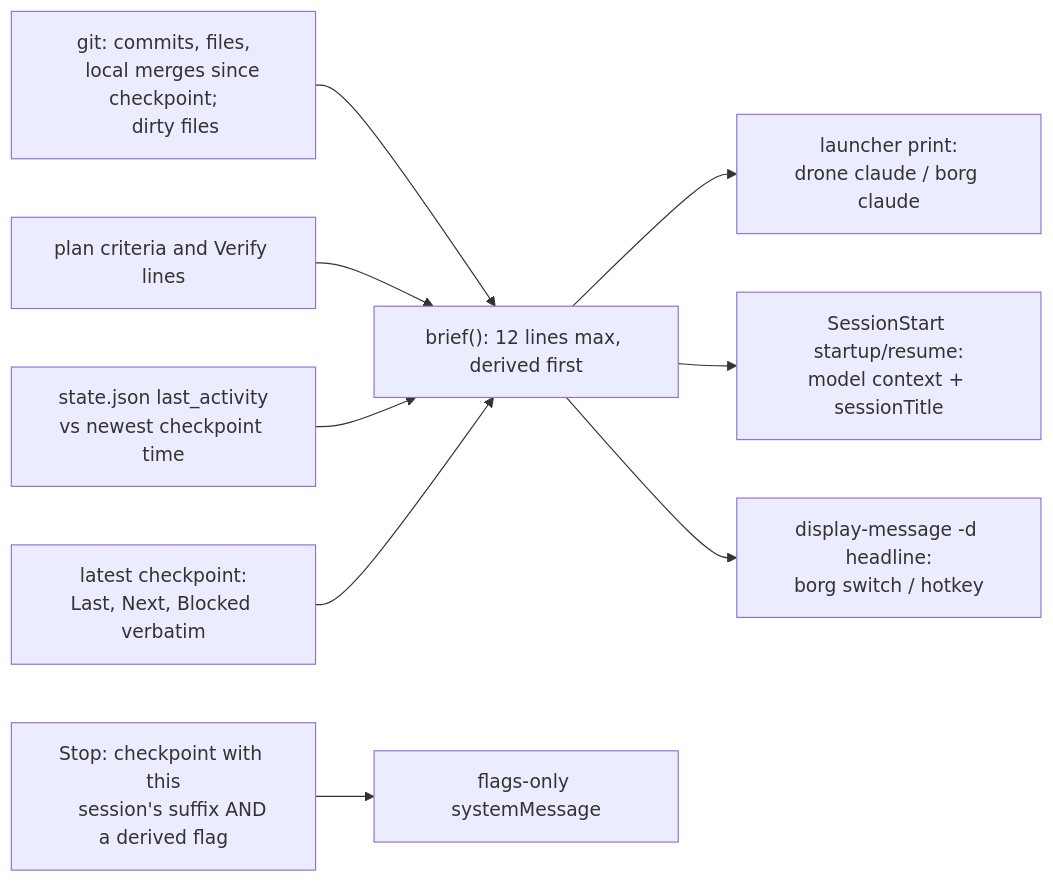
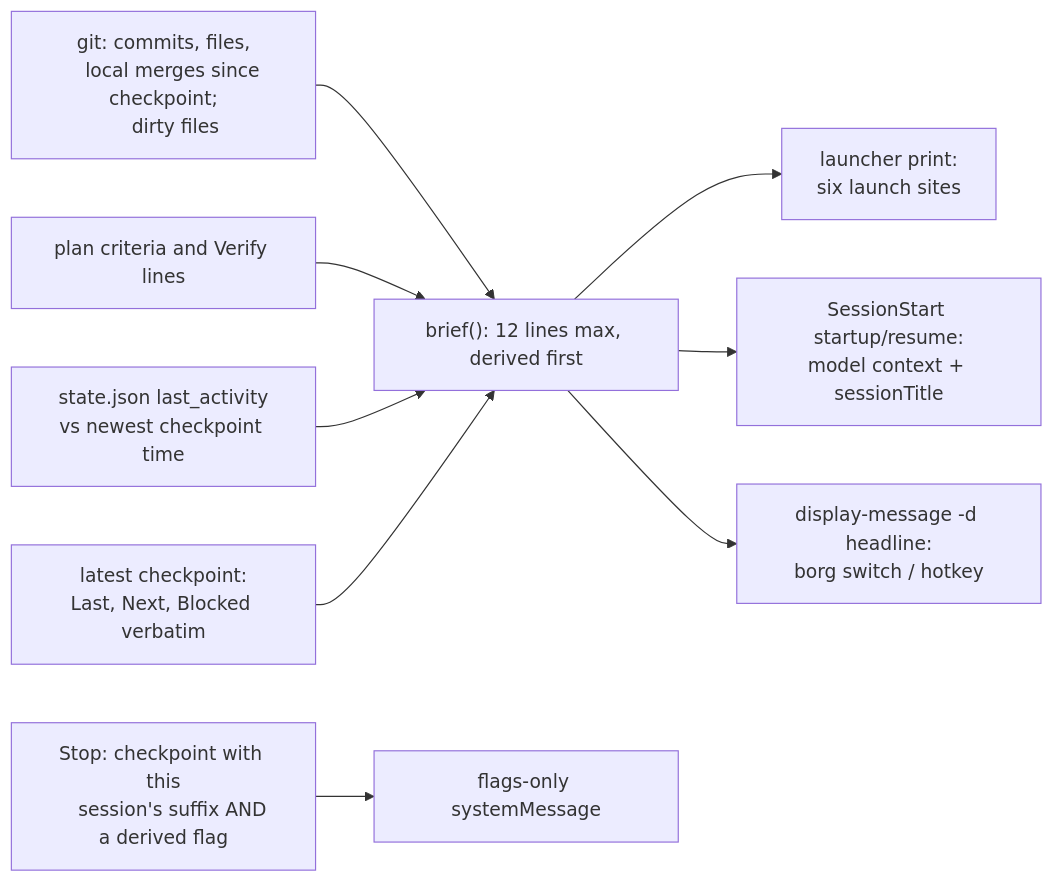
Before and after one commit to noah-goodrich/borg-collective: the fifth of 5 diagrams in docs/research/2026-10-03-cheat-sheet-design/recommendation.md, drawn with Mermaid. The commit also changed other lines of this file and 1 other file, not shown here.

First line of the commit message:
docs(research): finish launch-site fix and correct fallback date

````diff
--- a/docs/research/2026-10-03-cheat-sheet-design/recommendation.md
+++ b/docs/research/2026-10-03-cheat-sheet-design/recommendation.md
@@ -360,24 +360,24 @@
 ```mermaid
 flowchart LR
     git["git: commits, files,
     local merges since checkpoint;
     dirty files"]
     b["brief(): 12 lines max, derived first"]
     plan["plan criteria and Verify lines"]
     st["state.json last_activity<br/>vs newest checkpoint time"]
     ck["latest checkpoint:<br/>Last, Next, Blocked verbatim"]
-    pr["launcher print:<br/>drone claude / borg claude"]
+    pr["launcher print:<br/>six launch sites"]
     ss["SessionStart startup/resume:<br/>model context + sessionTitle"]
     hk["display-message -d headline:<br/>borg switch / hotkey"]
     wr["Stop: checkpoint with this
     session's suffix AND a derived flag"]
     rb["flags-only systemMessage"]
     git --> b
     plan --> b
     st --> b
     ck --> b
     b --> pr
     b --> ss
     b --> hk
     wr --> rb
 ```
````
